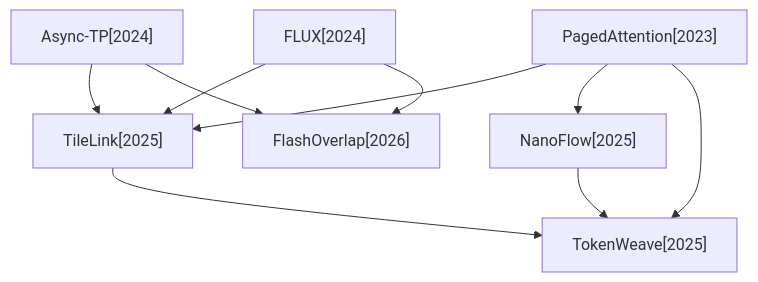
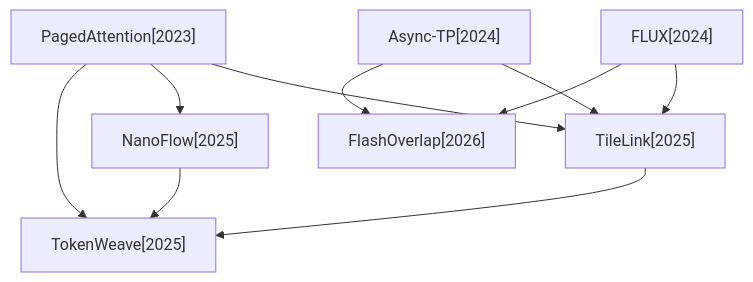
Before and after one commit to hustzxd/EfficientPaper: the first of 4 diagrams in docs/baseline_methods_graph.md, drawn with Mermaid. The commit also changed other lines of this file and 24 other files, not shown here.

````diff
--- a/docs/baseline_methods_graph.md
+++ b/docs/baseline_methods_graph.md
@@ -7,19 +7,19 @@
 ```mermaid
 flowchart TD
-    2024_Async_TP["Async-TP[2024]"]
     2025_TileLink["TileLink[2025]"]
+    2024_FLUX["FLUX[2024]"]
     2025_TokenWeave["TokenWeave[2025]"]
     2023_PagedAttention["PagedAttention[2023]"]
+    2025_NanoFlow["NanoFlow[2025]"]
+    2024_Async_TP["Async-TP[2024]"]
     2026_FlashOverlap["FlashOverlap[2026]"]
-    2024_FLUX["FLUX[2024]"]
-    2025_NanoFlow["NanoFlow[2025]"]
-    2024_Async_TP --> 2025_TileLink
-    2024_Async_TP --> 2026_FlashOverlap
     2025_TileLink --> 2025_TokenWeave
+    2024_FLUX --> 2025_TileLink
+    2024_FLUX --> 2026_FlashOverlap
     2023_PagedAttention --> 2025_TileLink
     2023_PagedAttention --> 2025_NanoFlow
     2023_PagedAttention --> 2025_TokenWeave
-    2024_FLUX --> 2025_TileLink
-    2024_FLUX --> 2026_FlashOverlap
     2025_NanoFlow --> 2025_TokenWeave
+    2024_Async_TP --> 2025_TileLink
+    2024_Async_TP --> 2026_FlashOverlap
 ```
````
